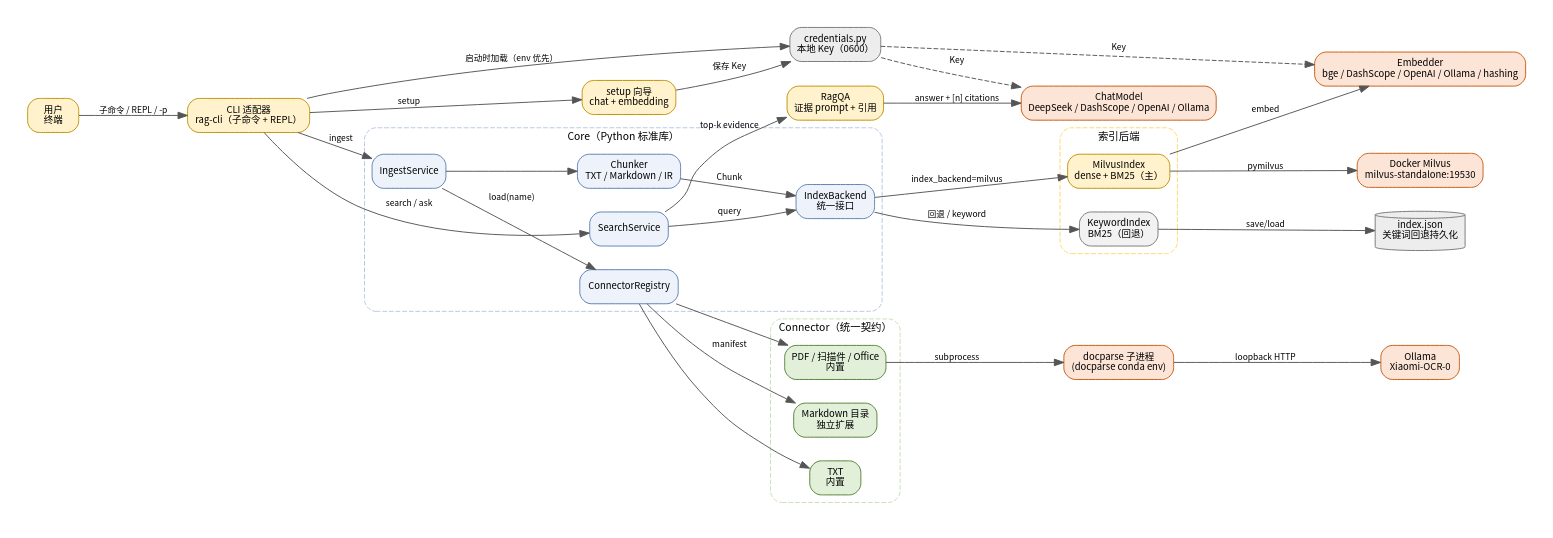
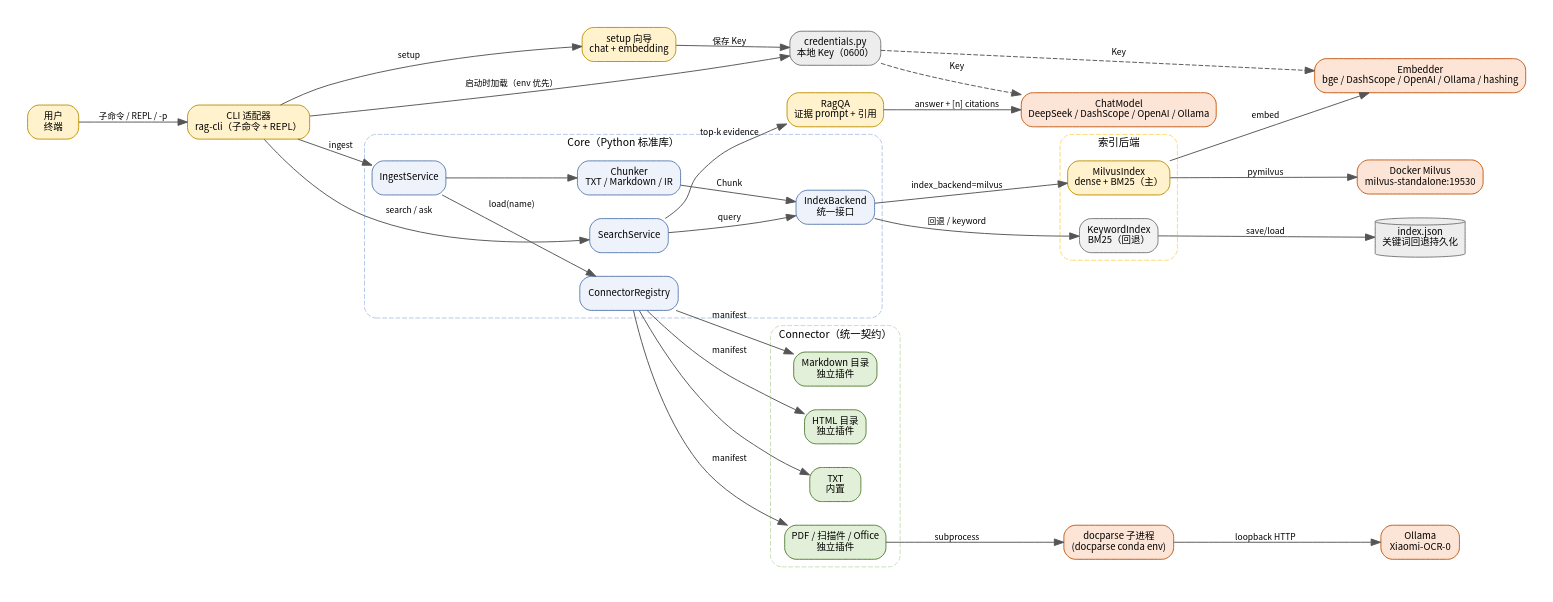
Before and after one commit to H-wonder/RAG_multidocs: the diagram in project/docs/diagrams/architecture.dot, drawn with Graphviz. The commit also changed 25 other files, not shown here.

First line of the commit message:
feat(connectors): 将 PDF 改为插件并新增 HTML 插件

```diff
--- a/project/docs/diagrams/architecture.dot
+++ b/project/docs/diagrams/architecture.dot
@@ -1,76 +1,78 @@
 digraph architecture {
   rankdir=LR;
   graph [fontname="Noto Sans CJK SC", fontsize=11, pad=0.3, nodesep=0.35, ranksep=0.55];
   node [shape=box, style="rounded,filled", fontname="Noto Sans CJK SC", fontsize=10,
         fillcolor="#eef3fb", color="#5b7db1"];
   edge [fontname="Noto Sans CJK SC", fontsize=9, color="#555555"];
 
   user [label="用户\n终端", fillcolor="#fff2cc", color="#bf9000"];
   cli [label="CLI 适配器\nrag-cli（子命令 + REPL）", fillcolor="#fff2cc", color="#bf9000"];
   wizard [label="setup 向导\nchat + embedding", fillcolor="#fff2cc", color="#bf9000"];
   creds [label="credentials.py\n本地 Key（0600）", fillcolor="#ededed", color="#777777"];
 
   subgraph cluster_core {
     label="Core（Python 标准库）";
     fontname="Noto Sans CJK SC";
     color="#b4c6e7";
     style="rounded,dashed";
     ingest [label="IngestService"];
     search [label="SearchService"];
     registry [label="ConnectorRegistry"];
     chunker [label="Chunker\nTXT / Markdown / IR"];
     backend [label="IndexBackend\n统一接口"];
   }
 
   subgraph cluster_connectors {
     label="Connector（统一契约）";
     fontname="Noto Sans CJK SC";
     color="#c6e0b4";
     style="rounded,dashed";
     txt [label="TXT\n内置", fillcolor="#e2f0d9", color="#548235"];
-    pdf [label="PDF / 扫描件 / Office\n内置", fillcolor="#e2f0d9", color="#548235"];
-    md [label="Markdown 目录\n独立扩展", fillcolor="#e2f0d9", color="#548235"];
+    pdf [label="PDF / 扫描件 / Office\n独立插件", fillcolor="#e2f0d9", color="#548235"];
+    md [label="Markdown 目录\n独立插件", fillcolor="#e2f0d9", color="#548235"];
+    html [label="HTML 目录\n独立插件", fillcolor="#e2f0d9", color="#548235"];
   }
 
   subgraph cluster_index {
     label="索引后端";
     fontname="Noto Sans CJK SC";
     color="#ffd966";
     style="rounded,dashed";
     milvus_idx [label="MilvusIndex\ndense + BM25（主）", fillcolor="#fff2cc", color="#bf9000"];
     keyword_idx [label="KeywordIndex\nBM25（回退）", fillcolor="#f2f2f2", color="#777777"];
   }
 
   qa [label="RagQA\n证据 prompt + 引用", fillcolor="#fff2cc", color="#bf9000"];
   chat [label="ChatModel\nDeepSeek / DashScope / OpenAI / Ollama", fillcolor="#fce4d6", color="#c55a11"];
   embedder [label="Embedder\nbge / DashScope / OpenAI / Ollama / hashing", fillcolor="#fce4d6", color="#c55a11"];
   milvus [label="Docker Milvus\nmilvus-standalone:19530", fillcolor="#fce4d6", color="#c55a11"];
   docparse [label="docparse 子进程\n(docparse conda env)", fillcolor="#fce4d6", color="#c55a11"];
   ollama [label="Ollama\nXiaomi-OCR-0", fillcolor="#fce4d6", color="#c55a11"];
   disk [label="index.json\n关键词回退持久化", shape=cylinder, fillcolor="#ededed", color="#777777"];
 
   user -> cli [label="子命令 / REPL / -p"];
   cli -> wizard [label="setup"];
   wizard -> creds [label="保存 Key"];
   cli -> creds [label="启动时加载（env 优先）"];
   creds -> chat [label="Key", style=dashed];
   creds -> embedder [label="Key", style=dashed];
   cli -> ingest [label="ingest"];
   cli -> search [label="search / ask"];
   search -> qa [label="top-k evidence"];
   qa -> chat [label="answer + [n] citations"];
   ingest -> registry [label="load(name)"];
   registry -> txt;
-  registry -> pdf;
+  registry -> pdf [label="manifest"];
   registry -> md [label="manifest"];
+  registry -> html [label="manifest"];
   ingest -> chunker;
   chunker -> backend [label="Chunk"];
   search -> backend [label="query"];
   backend -> milvus_idx [label="index_backend=milvus"];
   backend -> keyword_idx [label="回退 / keyword"];
   milvus_idx -> embedder [label="embed"];
   milvus_idx -> milvus [label="pymilvus"];
   keyword_idx -> disk [label="save/load"];
   pdf -> docparse [label="subprocess"];
   docparse -> ollama [label="loopback HTTP"];
 }
```
